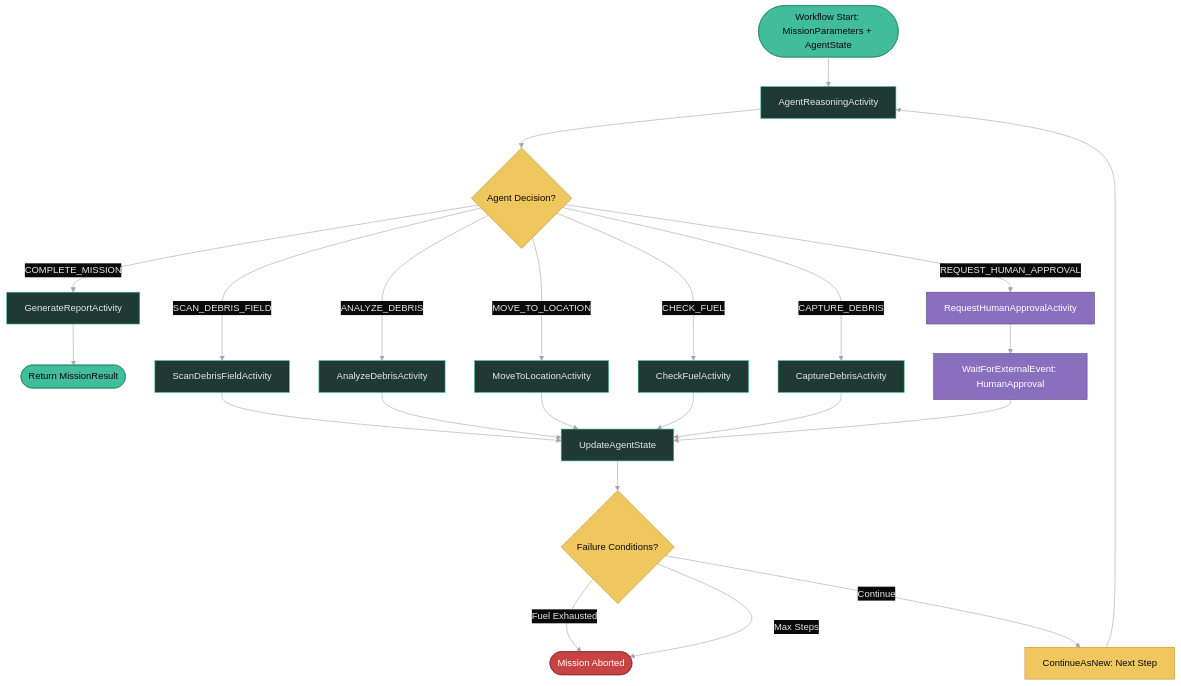
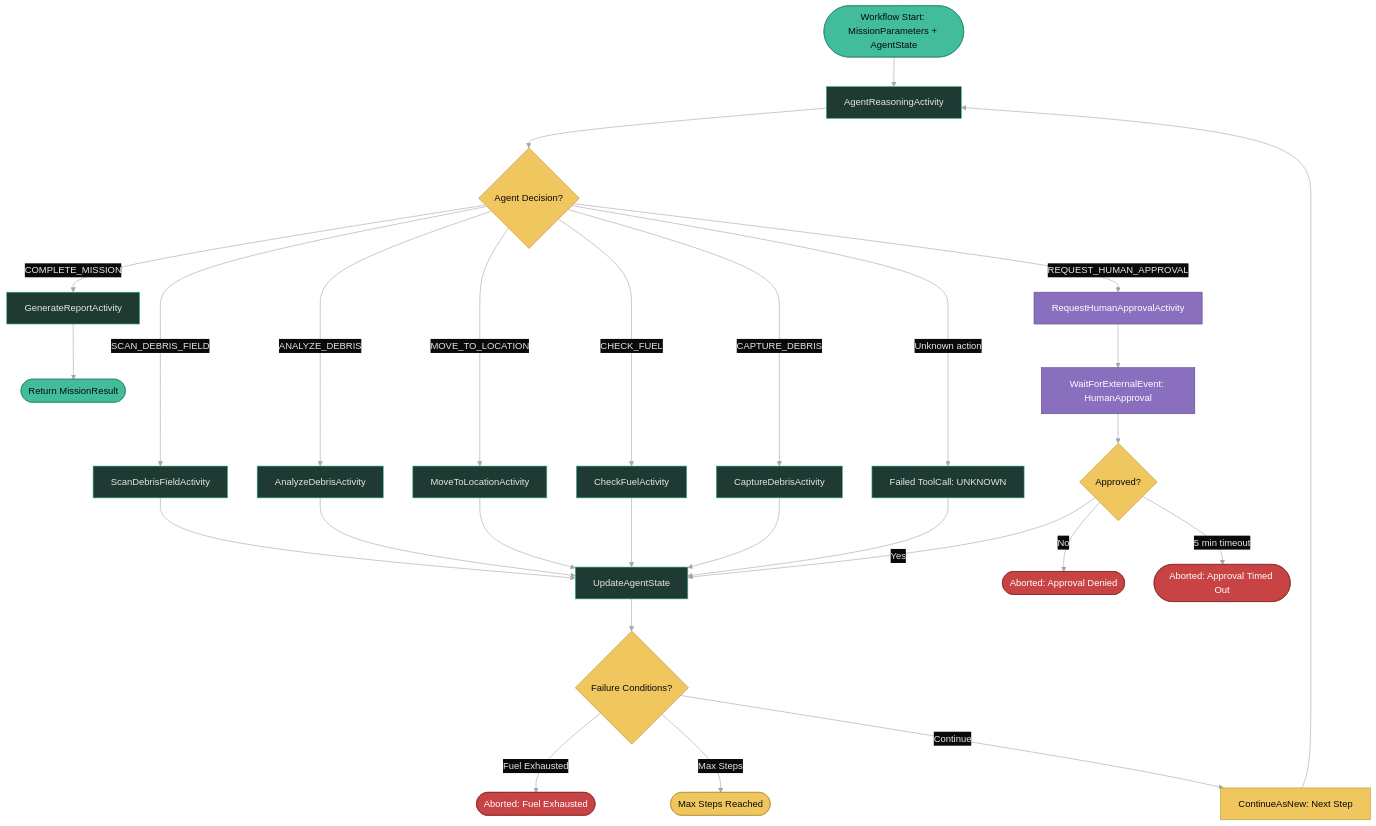
Before and after one commit to diagrid-labs/dapr-reliable-agentic-systems: the diagram in .demo/slides/12-autonomous-agent/12-05-demo-diagram.md, drawn with Mermaid. The commit also changed 10 other files, not shown here.

````diff
--- a/.demo/slides/12-autonomous-agent/12-05-demo-diagram.md
+++ b/.demo/slides/12-autonomous-agent/12-05-demo-diagram.md
@@ -3,40 +3,50 @@
 ```mermaid
 %%{init: {"theme":"base","themeVariables":{"background":"#0a0a0a","primaryColor":"#1f3a32","primaryTextColor":"#e6e6e6","primaryBorderColor":"#41BD9B","lineColor":"#A6A6A6","secondaryColor":"#111315","tertiaryColor":"#111315","clusterBkg":"#111315","clusterBorder":"#41BD9B","titleColor":"#F0C75E","edgeLabelBackground":"#0a0a0a","noteBkgColor":"#111315","noteTextColor":"#e6e6e6","noteBorderColor":"#41BD9B","actorBkg":"#1f3a32","actorBorder":"#41BD9B","actorTextColor":"#e6e6e6","actorLineColor":"#A6A6A6","signalColor":"#A6A6A6","signalTextColor":"#e6e6e6","labelBoxBkgColor":"#0a0a0a","labelBoxBorderColor":"#41BD9B","labelTextColor":"#e6e6e6","loopTextColor":"#e6e6e6","altSectionBkgColor":"#111315","sectionBkgColor":"#111315","fontFamily":"Geist,sans-serif"}}}%%
 graph TD
     Start([Workflow Start: MissionParameters + AgentState]) --> A1[AgentReasoningActivity]
     A1 --> Router{Agent Decision?}
     Router -->|COMPLETE_MISSION| A2[GenerateReportActivity]
     A2 --> End([Return MissionResult])
     Router -->|SCAN_DEBRIS_FIELD| T1[ScanDebrisFieldActivity]
     Router -->|ANALYZE_DEBRIS| T2[AnalyzeDebrisActivity]
     Router -->|MOVE_TO_LOCATION| T3[MoveToLocationActivity]
     Router -->|CHECK_FUEL| T4[CheckFuelActivity]
     Router -->|CAPTURE_DEBRIS| T5[CaptureDebrisActivity]
     Router -->|REQUEST_HUMAN_APPROVAL| T6[RequestHumanApprovalActivity]
+    Router -->|Unknown action| T7[Failed ToolCall: UNKNOWN]
     T1 --> Update[UpdateAgentState]
     T2 --> Update
     T3 --> Update
     T4 --> Update
     T5 --> Update
+    T7 --> Update
     T6 --> Wait[WaitForExternalEvent: HumanApproval]
-    Wait --> Update
+    Wait --> Approved{Approved?}
+    Approved -->|Yes| Update
+    Approved -->|No| Denied([Aborted: Approval Denied])
+    Approved -->|5 min timeout| TimedOut([Aborted: Approval Timed Out])
     Update --> Check{Failure Conditions?}
-    Check -->|Fuel Exhausted| Fail([Mission Aborted])
-    Check -->|Max Steps| Fail
+    Check -->|Fuel Exhausted| Exhausted([Aborted: Fuel Exhausted])
+    Check -->|Max Steps| MaxSteps([Max Steps Reached])
     Check -->|Continue| ContinueAsNew[ContinueAsNew: Next Step]
     ContinueAsNew --> A1
     
     style Start fill:#41BD9B,stroke:#2d8a70,color:#0a0a0a
     style End fill:#41BD9B,stroke:#2d8a70,color:#0a0a0a
-    style Fail fill:#c84444,stroke:#8a2a2a,color:#ffffff
+    style Denied fill:#c84444,stroke:#8a2a2a,color:#ffffff
+    style TimedOut fill:#c84444,stroke:#8a2a2a,color:#ffffff
+    style Exhausted fill:#c84444,stroke:#8a2a2a,color:#ffffff
+    style MaxSteps fill:#F0C75E,stroke:#b8943f,color:#0a0a0a
     style Router fill:#F0C75E,stroke:#b8943f,color:#0a0a0a
+    style Approved fill:#F0C75E,stroke:#b8943f,color:#0a0a0a
+    style T7 fill:#1f3a32,stroke:#41BD9B,color:#e6e6e6
     style Check fill:#F0C75E,stroke:#b8943f,color:#0a0a0a
     style T1 fill:#1f3a32,stroke:#41BD9B,color:#e6e6e6
     style T2 fill:#1f3a32,stroke:#41BD9B,color:#e6e6e6
     style T3 fill:#1f3a32,stroke:#41BD9B,color:#e6e6e6
     style T4 fill:#1f3a32,stroke:#41BD9B,color:#e6e6e6
     style T5 fill:#1f3a32,stroke:#41BD9B,color:#e6e6e6
     style T6 fill:#8B6FBF,stroke:#5d4a87,color:#ffffff
     style Wait fill:#8B6FBF,stroke:#5d4a87,color:#ffffff
     style ContinueAsNew fill:#F0C75E,stroke:#b8943f,color:#0a0a0a
 ```
````
